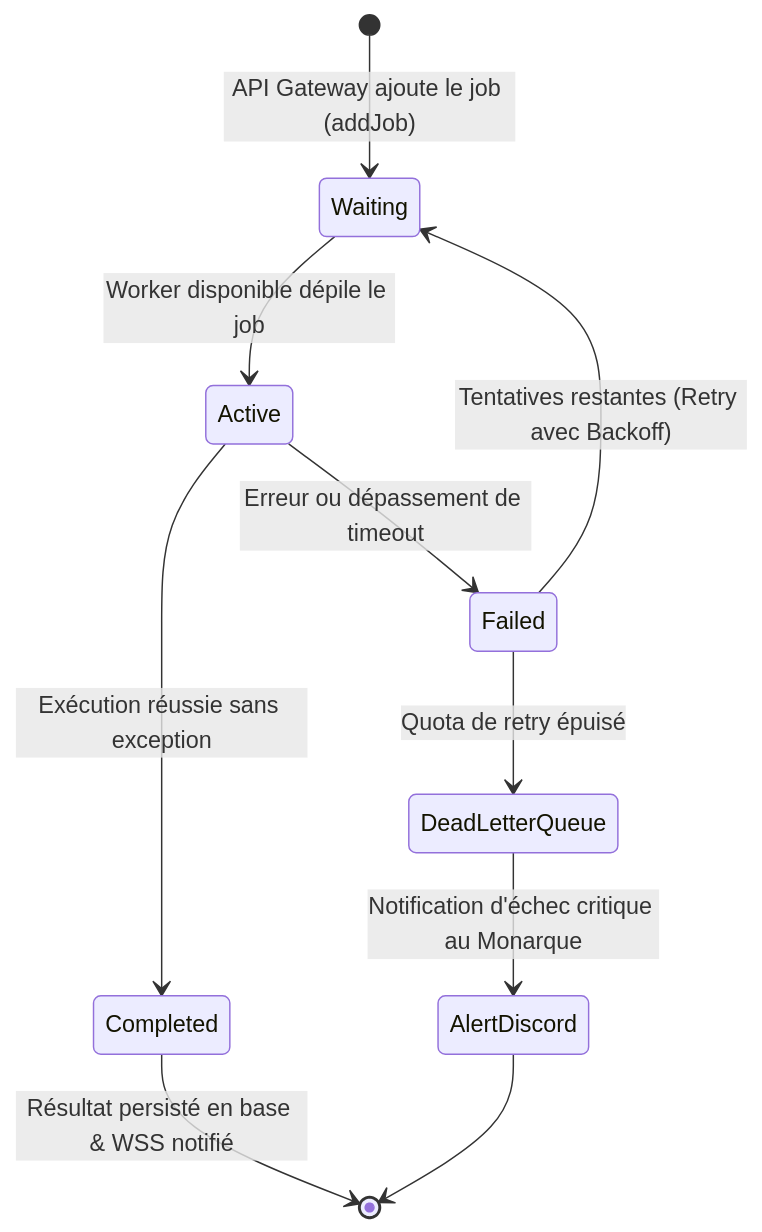
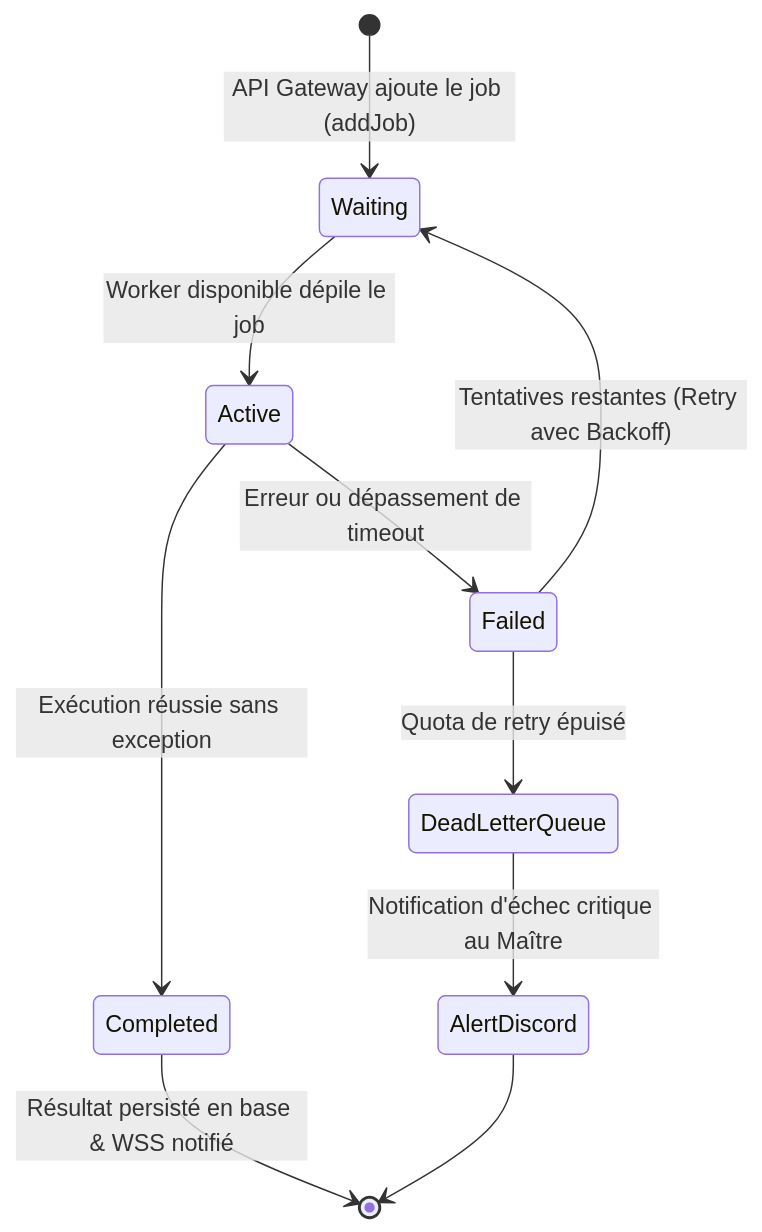
The seventh of 9 diagrams in docs/02-TRD.md (GeovanioH/LevelUp), drawn with Mermaid before and after one commit. The commit also changed other lines of this file and 12 other files, not shown here.

````diff
--- a/docs/02-TRD.md
+++ b/docs/02-TRD.md
@@ -741,14 +741,14 @@
 ```mermaid
 stateDiagram-v2
     [*] --> Waiting : API Gateway ajoute le job (addJob)
     Waiting --> Active : Worker disponible dépile le job
     Active --> Completed : Exécution réussie sans exception
     Active --> Failed : Erreur ou dépassement de timeout
     
     Failed --> Waiting : Tentatives restantes (Retry avec Backoff)
     Failed --> DeadLetterQueue : Quota de retry épuisé
     
     Completed --> [*] : Résultat persisté en base & WSS notifié
-    DeadLetterQueue --> AlertDiscord : Notification d'échec critique au Monarque
+    DeadLetterQueue --> AlertDiscord : Notification d'échec critique au Maître
     AlertDiscord --> [*]
 ```
````
